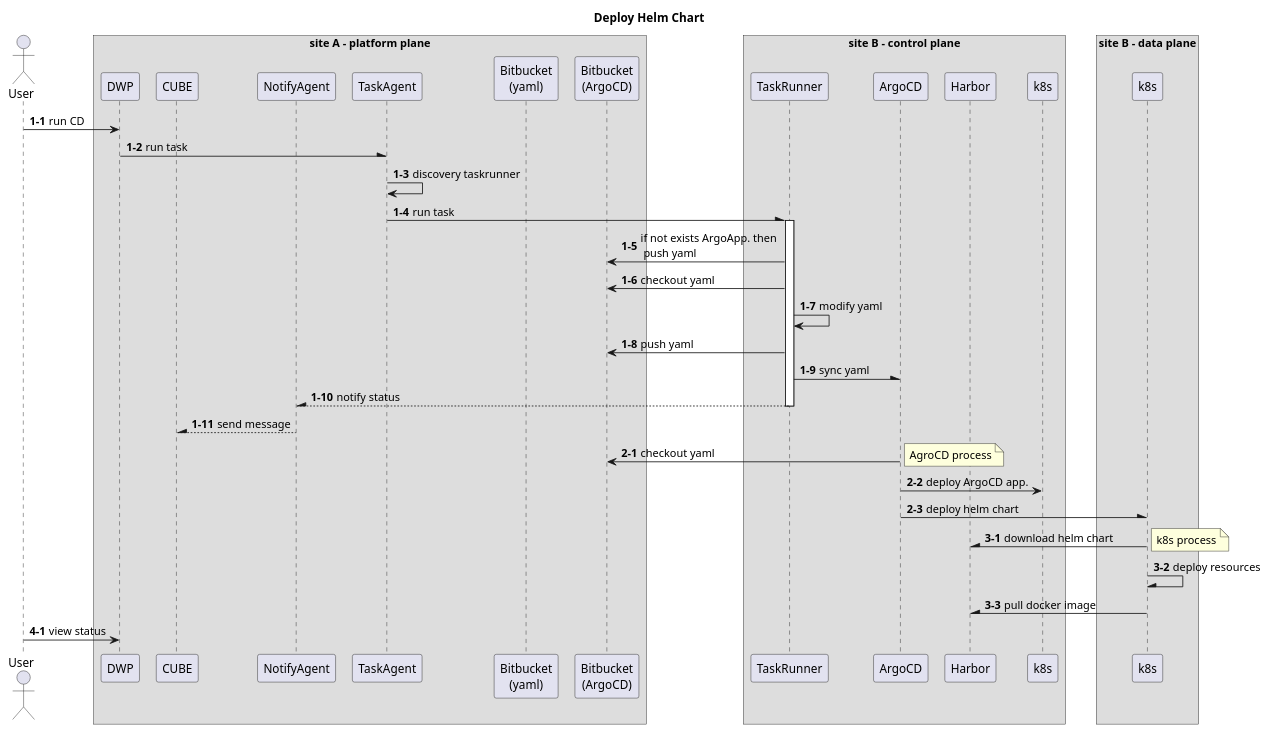
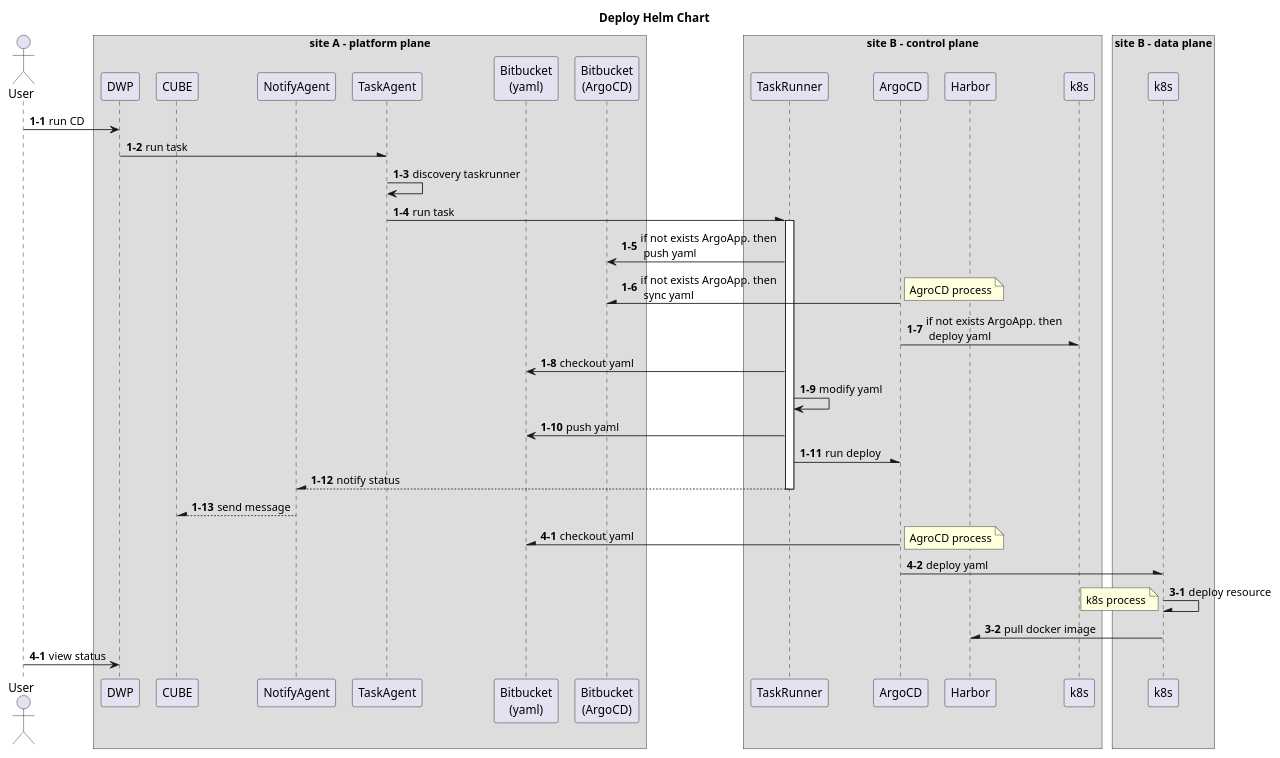
One commit to htdp1/am-arch changed diagram 11 of 15 in docs/src/multi-cloud/diagram.md. Above: the diagram before and after it, drawn with PlantUML. The commit also changed other lines of this file, not shown here.

Commit message:
modify diagram 1513

```diff
--- a/docs/src/multi-cloud/diagram.md
+++ b/docs/src/multi-cloud/diagram.md
@@ -407,59 +490,61 @@
 @startuml
 
 scale 1
 skinparam ParticipantPadding 5
 skinparam BoxPadding 5
 title "Deploy Helm Chart"
 
 actor User
 box "site A - platform plane"
     participant DWP
     participant CUBE
     participant NotifyAgent
     participant TaskAgent
     participant "Bitbucket\n(yaml)" as yaml
     participant "Bitbucket\n(ArgoCD)" as argoyaml
 end box
 box "site B - control plane"
     participant TaskRunner
     participant ArgoCD
     participant Harbor
     participant k8s as k8sc
 end box
 box "site B - data plane"
     participant k8s
 end box
 
 autonumber 1-1
 User -> DWP : run CD
 DWP -\ TaskAgent : run task
 TaskAgent -> TaskAgent : discovery taskrunner
 TaskAgent -\ TaskRunner : run task
 activate TaskRunner
 
 TaskRunner -> argoyaml : if not exists ArgoApp. then \n push yaml
-TaskRunner -> argoyaml : checkout yaml
+ArgoCD -\ argoyaml : if not exists ArgoApp. then \n sync yaml
+note right : AgroCD process
+ArgoCD -\ k8sc : if not exists ArgoApp. then \n deploy yaml
+
+TaskRunner -> yaml : checkout yaml
 TaskRunner -> TaskRunner : modify yaml
-TaskRunner -> argoyaml : push yaml
-TaskRunner -\ ArgoCD : sync yaml
+TaskRunner -> yaml : push yaml
+TaskRunner -\ ArgoCD : run deploy
 
 TaskRunner --\ NotifyAgent : notify status
 deactivate TaskRunner
 NotifyAgent --\ CUBE : send message
 
-autonumber 2-1
-ArgoCD -> argoyaml : checkout yaml
+autonumber 4-1
+ArgoCD -\ yaml : checkout yaml
 note right : AgroCD process
-ArgoCD -> k8sc : deploy ArgoCD app.
-ArgoCD -\ k8s : deploy helm chart
+ArgoCD -\ k8s : deploy yaml
 
 autonumber 3-1
-k8s -\ Harbor : download helm chart
-note right : k8s process
-k8s -\ k8s : deploy resources
+k8s -\ k8s : deploy resource
+note left : k8s process
 k8s -\ Harbor : pull docker image
 
 autonumber 4-1
 User -> DWP : view status
 
 @enduml
```
